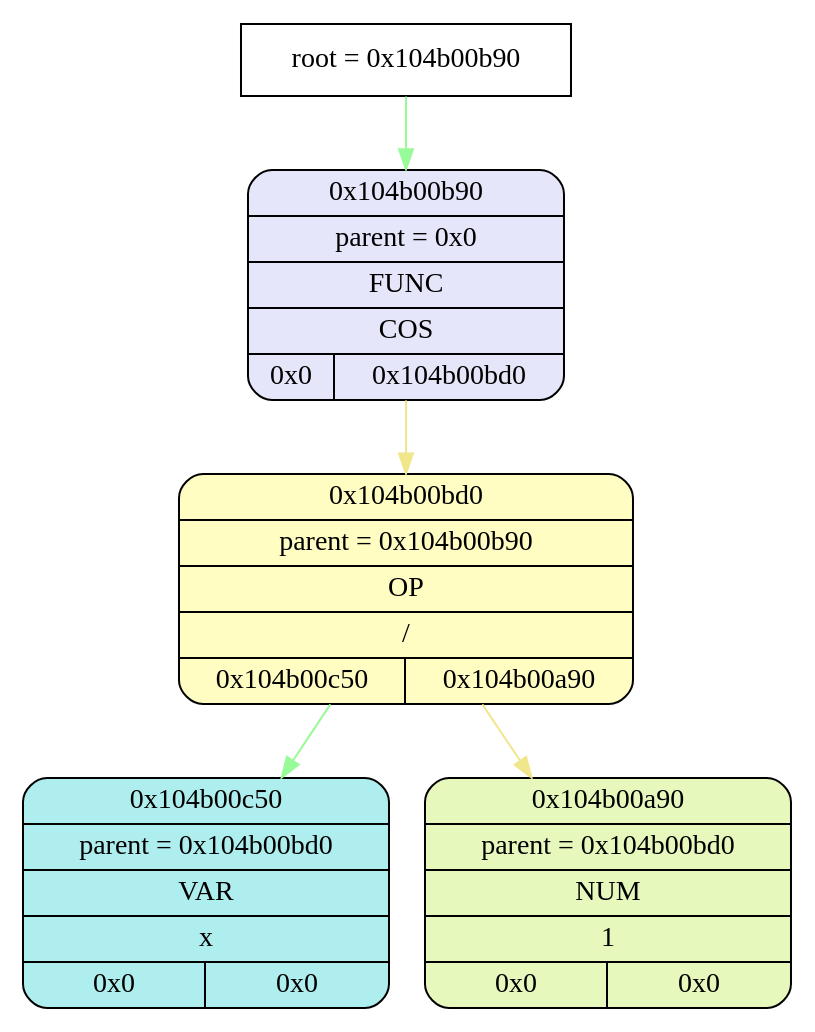
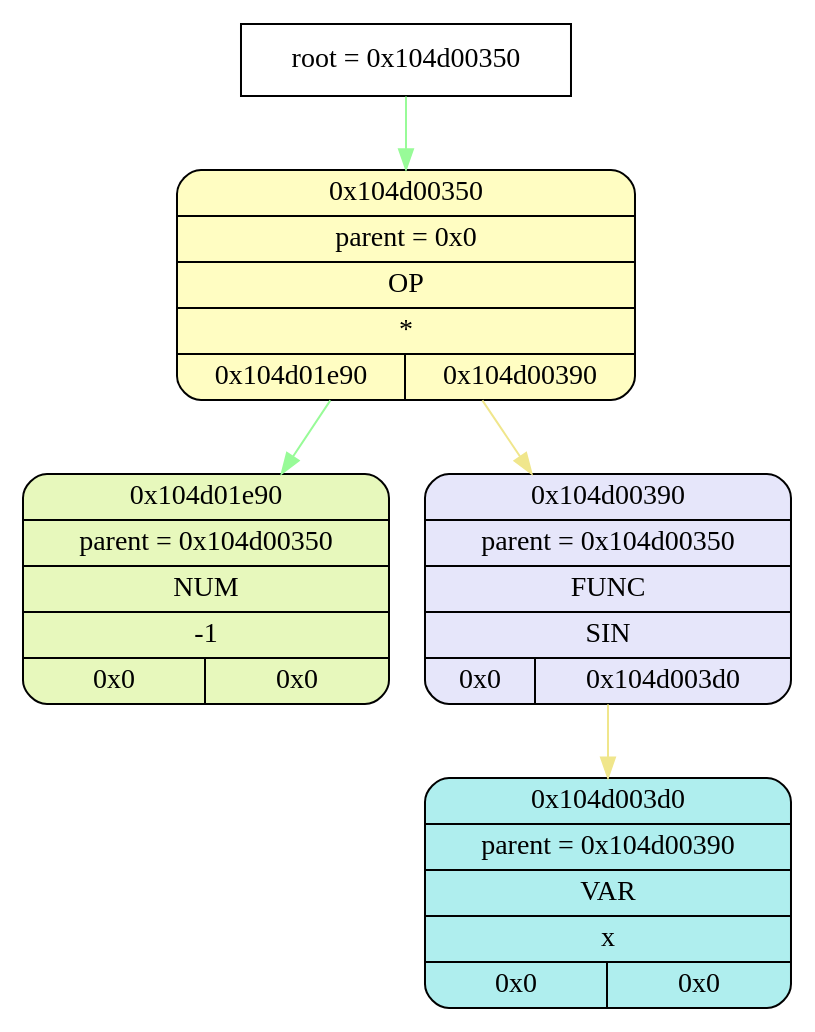
The diagram in tmp/graphviz.dot (esgalimov/differentiator), drawn with Graphviz before and after one commit. The commit also changed 20 other files, not shown here.

```diff
--- a/tmp/graphviz.dot
+++ b/tmp/graphviz.dot
@@ -1,17 +1,17 @@
 digraph
 {
-    node_info[shape = record, label = "{root = 0x104b00b90}"];
+    node_info[shape = record, label = "{root = 0x104d00350}"];
 
-    node_info->node_0x104b00b90 [color = "#98FB98"];
-    node_0x104b00b90[shape = Mrecord, label = "{{0x104b00b90} | {parent =  0x0} | {FUNC} | {COS} | {0x0 | 0x104b00bd0}}",
+    node_info->node_0x104d00350 [color = "#98FB98"];
+    node_0x104d00350[shape = Mrecord, label = "{{0x104d00350} | {parent =  0x0} | {OP} | {*} | {0x104d01e90 | 0x104d00390}}",
+                style="filled", fillcolor="#FFFDC2"];
+    node_0x104d01e90[shape = Mrecord, label = "{{0x104d01e90} | {parent =  0x104d00350} | {NUM} | {-1} | {0x0 | 0x0}}",
+                style="filled", fillcolor="#E7F8BC"];
+    node_0x104d00390[shape = Mrecord, label = "{{0x104d00390} | {parent =  0x104d00350} | {FUNC} | {SIN} | {0x0 | 0x104d003d0}}",
                 style="filled", fillcolor="#E6E6FA"];
-    node_0x104b00bd0[shape = Mrecord, label = "{{0x104b00bd0} | {parent =  0x104b00b90} | {OP} | {/} | {0x104b00c50 | 0x104b00a90}}",
-                style="filled", fillcolor="#FFFDC2"];
-    node_0x104b00c50[shape = Mrecord, label = "{{0x104b00c50} | {parent =  0x104b00bd0} | {VAR} | {x} | {0x0 | 0x0}}",
+    node_0x104d003d0[shape = Mrecord, label = "{{0x104d003d0} | {parent =  0x104d00390} | {VAR} | {x} | {0x0 | 0x0}}",
                 style="filled", fillcolor="#AFEEEE"];
-    node_0x104b00a90[shape = Mrecord, label = "{{0x104b00a90} | {parent =  0x104b00bd0} | {NUM} | {1} | {0x0 | 0x0}}",
-                style="filled", fillcolor="#E7F8BC"];
-    node_0x104b00b90->node_0x104b00bd0 [color = "#F0E68C"];
-    node_0x104b00bd0->node_0x104b00c50 [color = "#98FB98"];
-    node_0x104b00bd0->node_0x104b00a90 [color = "#F0E68C"];
+    node_0x104d00350->node_0x104d01e90 [color = "#98FB98"];
+    node_0x104d00350->node_0x104d00390 [color = "#F0E68C"];
+    node_0x104d00390->node_0x104d003d0 [color = "#F0E68C"];
 }
```
